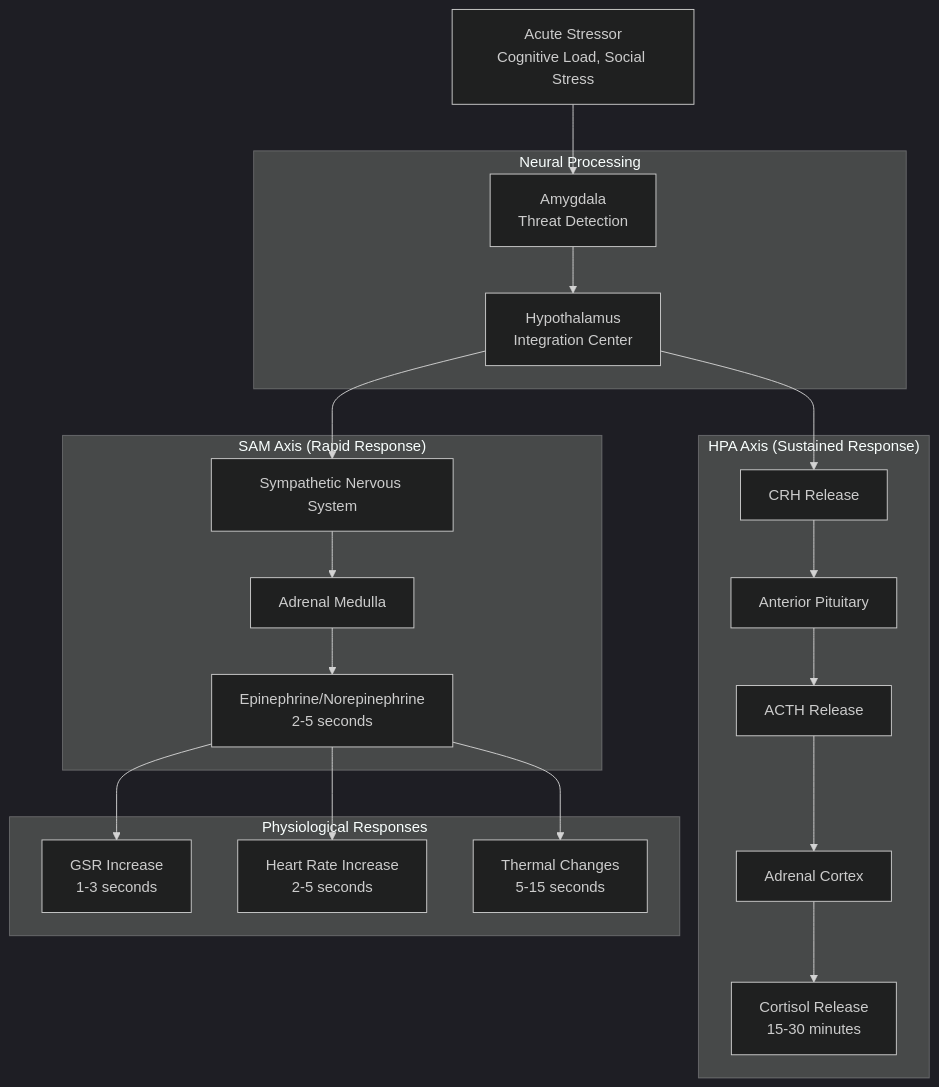
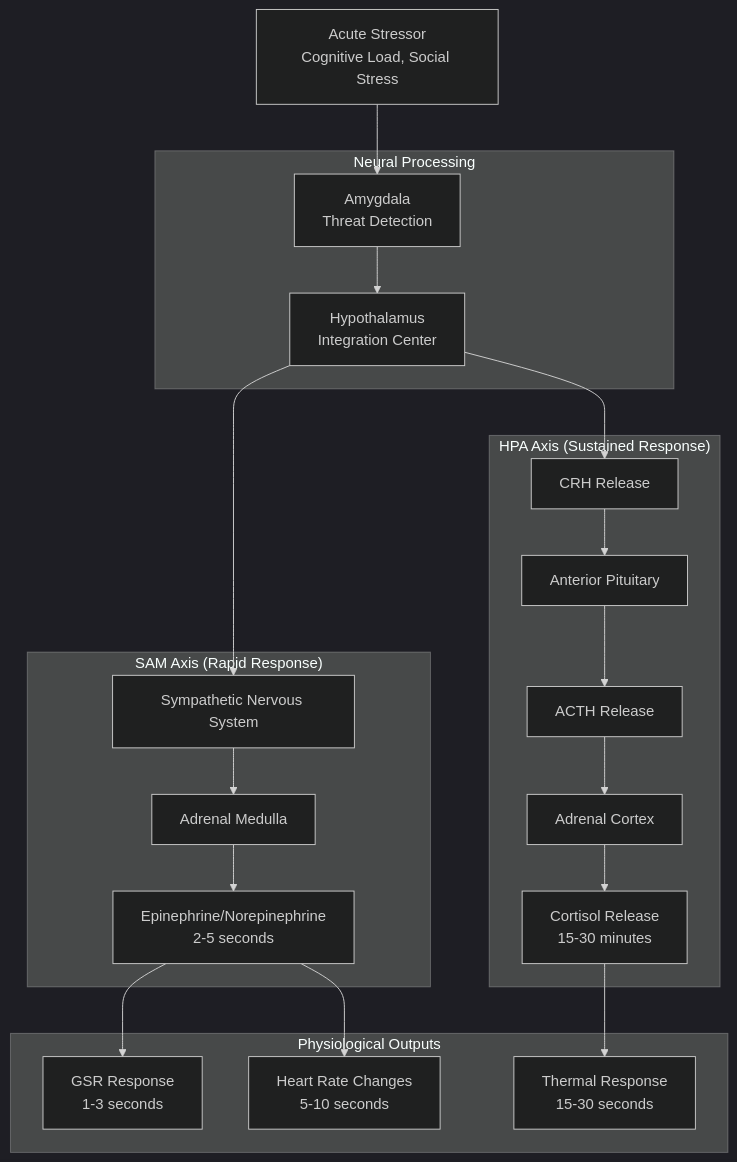
The third of 15 diagrams in docs/thesis_report/final/appendix_z_consolidated_figures.md (buccancs/fyp-multi-sensor-recording-system), drawn with Mermaid (dark theme) before and after one commit. The commit also changed other lines of this file and 2 other files, not shown here.

````diff
--- a/docs/thesis_report/final/appendix_z_consolidated_figures.md
+++ b/docs/thesis_report/final/appendix_z_consolidated_figures.md
@@ -80,46 +80,45 @@
 ```mermaid
 graph TD
     STRESSOR[Acute Stressor<br/>Cognitive Load, Social Stress]
     
     subgraph "Neural Processing"
         AMYGDALA[Amygdala<br/>Threat Detection]
         HYPOTHALAMUS[Hypothalamus<br/>Integration Center]
     end
     
     subgraph "SAM Axis (Rapid Response)"
         SYMPATHETIC[Sympathetic Nervous System]
         ADRENAL_MED[Adrenal Medulla]
         CATECHOLAMINES[Epinephrine/Norepinephrine<br/>2-5 seconds]
     end
     
     subgraph "HPA Axis (Sustained Response)"
         CRH[CRH Release]
         PITUITARY[Anterior Pituitary]
         ACTH[ACTH Release]
         ADRENAL_CORTEX[Adrenal Cortex]
         CORTISOL[Cortisol Release<br/>15-30 minutes]
     end
     
-    subgraph "Physiological Responses"
-        GSR_RESPONSE[GSR Increase<br/>1-3 seconds]
-        HR_RESPONSE[Heart Rate Increase<br/>2-5 seconds]
-        THERMAL_RESPONSE[Thermal Changes<br/>5-15 seconds]
+    subgraph "Physiological Outputs"
+        GSR_RESPONSE[GSR Response<br/>1-3 seconds]
+        THERMAL_RESPONSE[Thermal Response<br/>15-30 seconds]
+        CARDIOVASCULAR[Heart Rate Changes<br/>5-10 seconds]
     end
     
     STRESSOR --> AMYGDALA
     AMYGDALA --> HYPOTHALAMUS
+    HYPOTHALAMUS --> SYMPATHETIC
+    HYPOTHALAMUS --> CRH
     
-    HYPOTHALAMUS --> SYMPATHETIC
     SYMPATHETIC --> ADRENAL_MED
     ADRENAL_MED --> CATECHOLAMINES
+    CATECHOLAMINES --> GSR_RESPONSE
+    CATECHOLAMINES --> CARDIOVASCULAR
     
-    HYPOTHALAMUS --> CRH
     CRH --> PITUITARY
     PITUITARY --> ACTH
     ACTH --> ADRENAL_CORTEX
     ADRENAL_CORTEX --> CORTISOL
-    
-    CATECHOLAMINES --> GSR_RESPONSE
-    CATECHOLAMINES --> HR_RESPONSE
-    CATECHOLAMINES --> THERMAL_RESPONSE
+    CORTISOL --> THERMAL_RESPONSE
 ```
````
